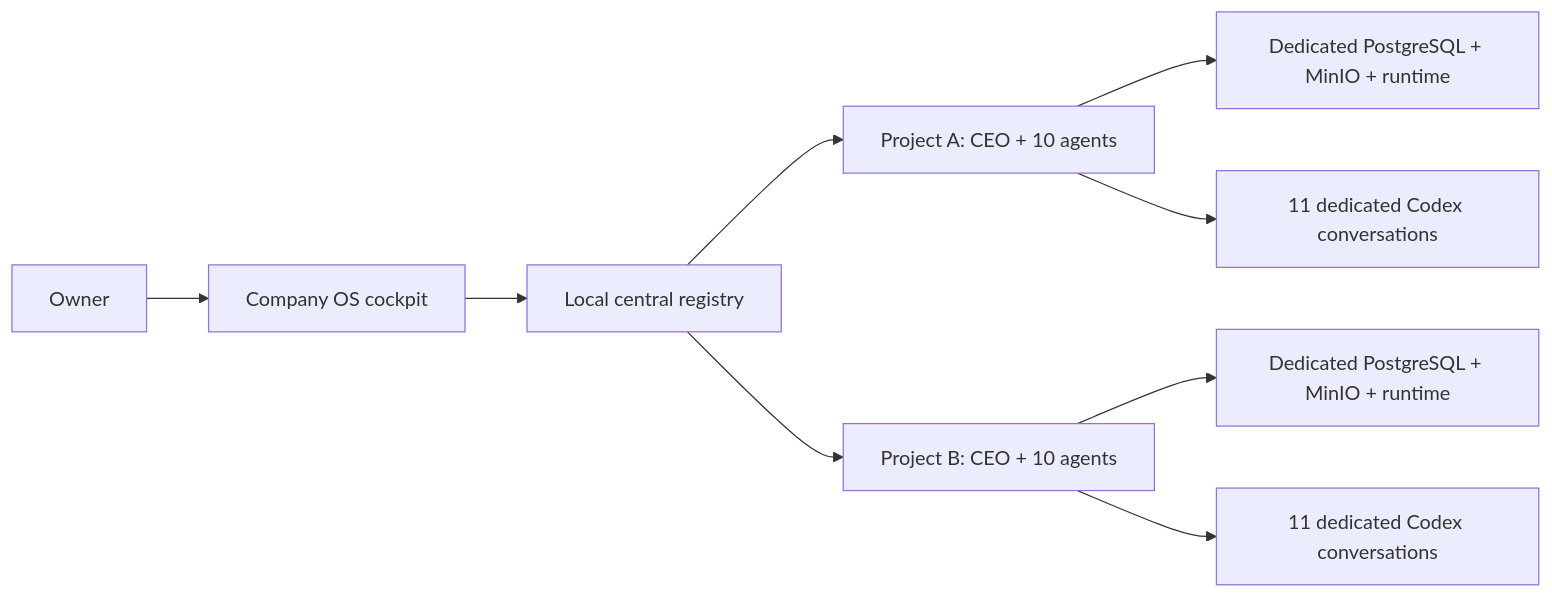
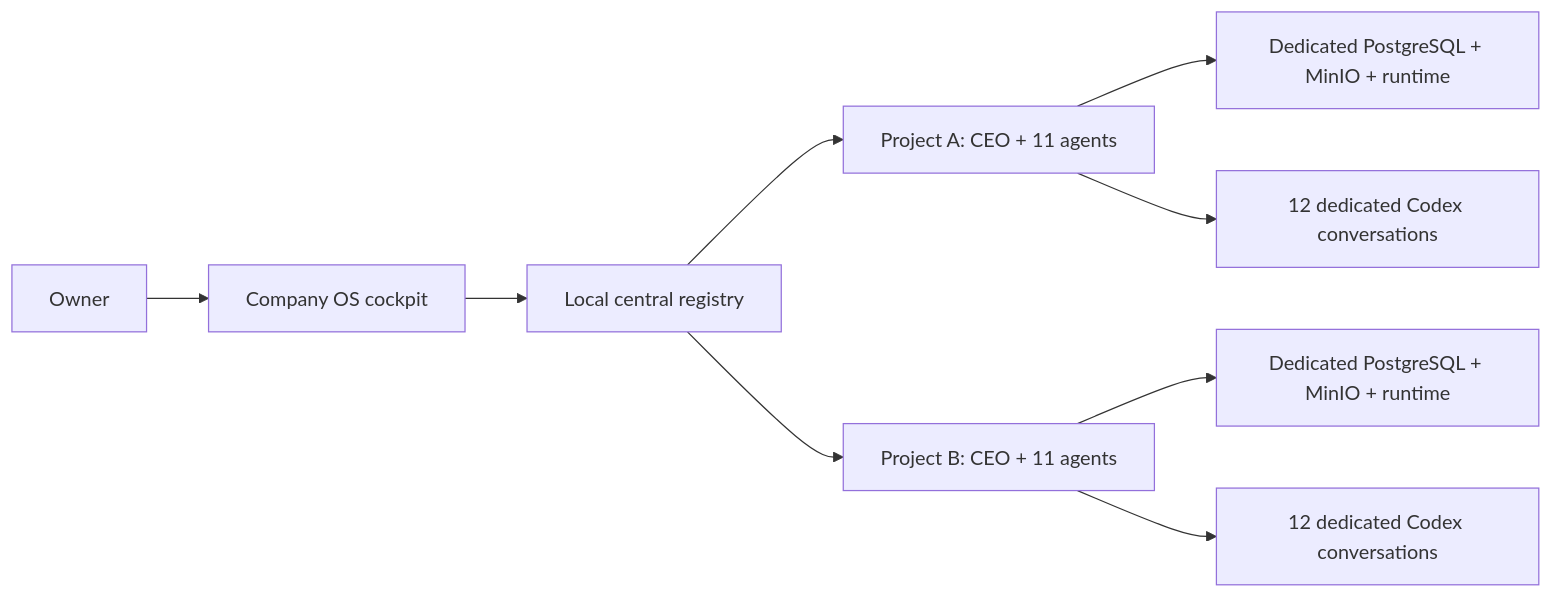
Before and after one commit to alex97451/company-os: the second of 2 diagrams in README.md, drawn with Mermaid. The commit also changed other lines of this file and 49 other files, not shown here.

````diff
--- a/README.md
+++ b/README.md
@@ -304,11 +310,11 @@
 ```mermaid
 flowchart LR
     O["Owner"] --> C["Company OS cockpit"]
     C --> R["Local central registry"]
-    R --> A["Project A: CEO + 10 agents"]
-    R --> B["Project B: CEO + 10 agents"]
+    R --> A["Project A: CEO + 11 agents"]
+    R --> B["Project B: CEO + 11 agents"]
     A --> DA["Dedicated PostgreSQL + MinIO + runtime"]
     B --> DB["Dedicated PostgreSQL + MinIO + runtime"]
-    A --> CA["11 dedicated Codex conversations"]
-    B --> CB["11 dedicated Codex conversations"]
+    A --> CA["12 dedicated Codex conversations"]
+    B --> CB["12 dedicated Codex conversations"]
 ```
````
